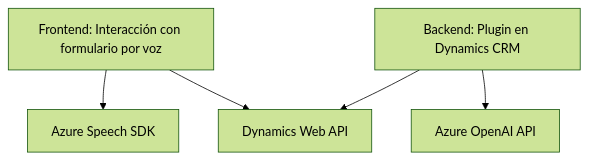
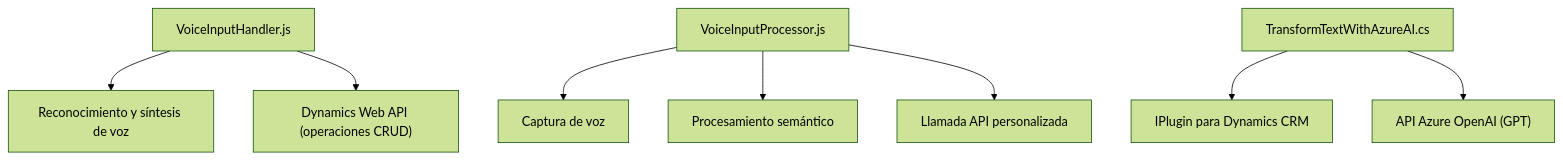
The diagram in README.md (blopezdm/NETCORE_BILBAO2025), drawn with Mermaid (forest theme) before and after one commit. The commit also changed other lines of this file, not shown here.

Commit message:
Actualizar análisis global de la solución con IA

````diff
--- a/README.md
+++ b/README.md
@@ -29,13 +45,22 @@
 ```mermaid
 graph TD
-  A["Frontend: Interacción con formulario por voz"]
-  B["Backend: Plugin en Dynamics CRM"]
-  C["Azure Speech SDK"]
-  D["Azure OpenAI API"]
-  E["Dynamics Web API"]
+A["VoiceInputHandler.js"]
+A1["Reconocimiento y síntesis de voz"]
+A2["Dynamics Web API (operaciones CRUD)"]
+A --> A1
+A --> A2
 
-  A --> C
-  A --> E
-  B --> D
-  B --> E
+B["VoiceInputProcessor.js"]
+B1["Captura de voz"]
+B2["Procesamiento semántico"]
+B3["Llamada API personalizada"]
+B --> B1
+B --> B2
+B --> B3
+
+C["TransformTextWithAzureAI.cs"]
+C1["IPlugin para Dynamics CRM"]
+C2["API Azure OpenAI (GPT)"]
+C --> C1
+C --> C2
 ```
````
